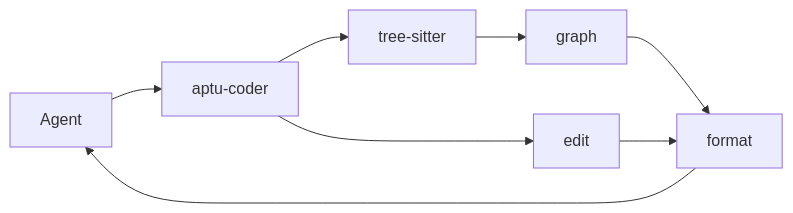
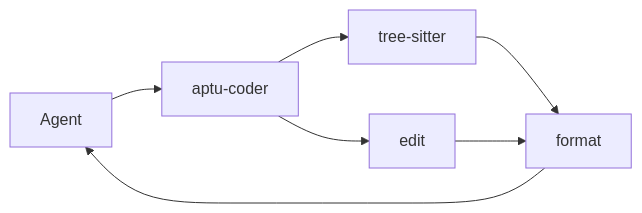
Before and after one commit to clouatre-labs/aptu-coder: the diagram in docs/diagrams/architecture.mmd, drawn with Mermaid. The commit also changed 36 other files, not shown here.

```diff
--- a/docs/diagrams/architecture.mmd
+++ b/docs/diagrams/architecture.mmd
@@ -1,8 +1,7 @@
 graph LR
     A[Agent] --> S[aptu-coder]
     S --> P[tree-sitter]
     S --> E[edit]
-    P --> G[graph]
-    G --> F[format]
+    P --> F[format]
     E --> F
     F --> A
```
